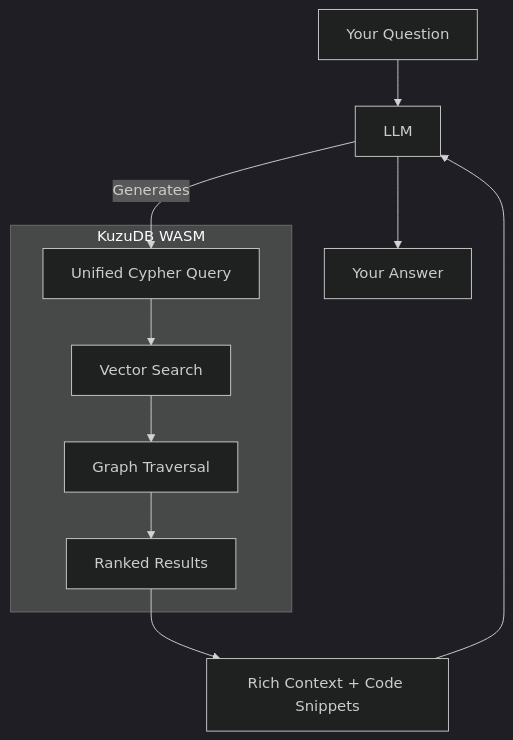
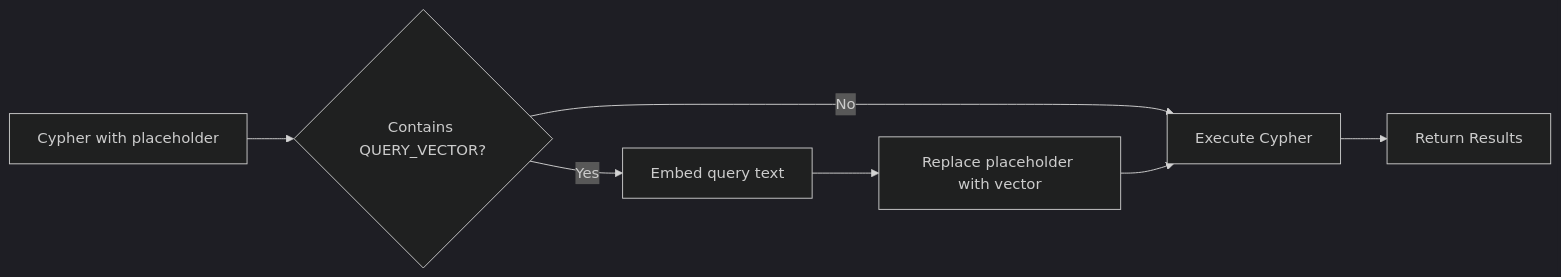
One commit to OliverNyx/NexusAI changed the sixth of 11 diagrams in README.md. Above: the diagram before and after it, drawn with Mermaid (dark theme). The commit also changed other lines of this file, not shown here.

````diff
--- a/README.md
+++ b/README.md
@@ -550,15 +224,9 @@
 ```mermaid
-flowchart TD
-    USER[Your Question] --> LLM[LLM]
-    LLM --> |Generates| CYPHER[Unified Cypher Query]
-    
-    subgraph KUZU[KuzuDB WASM]
-        CYPHER --> VEC[Vector Search]
-        VEC --> GRAPH[Graph Traversal]
-        GRAPH --> RANK[Ranked Results]
-    end
-    
-    RANK --> CTX[Rich Context + Code Snippets]
-    CTX --> LLM
-    LLM --> ANSWER[Your Answer]
+flowchart LR
+    CQ[Cypher with placeholder] --> CHECK{Contains QUERY_VECTOR?}
+    CHECK -->|Yes| EMBED[Embed query text]
+    EMBED --> REPLACE[Replace placeholder with vector]
+    CHECK -->|No| EXEC
+    REPLACE --> EXEC[Execute Cypher]
+    EXEC --> RES[Return Results]
 ```
````
